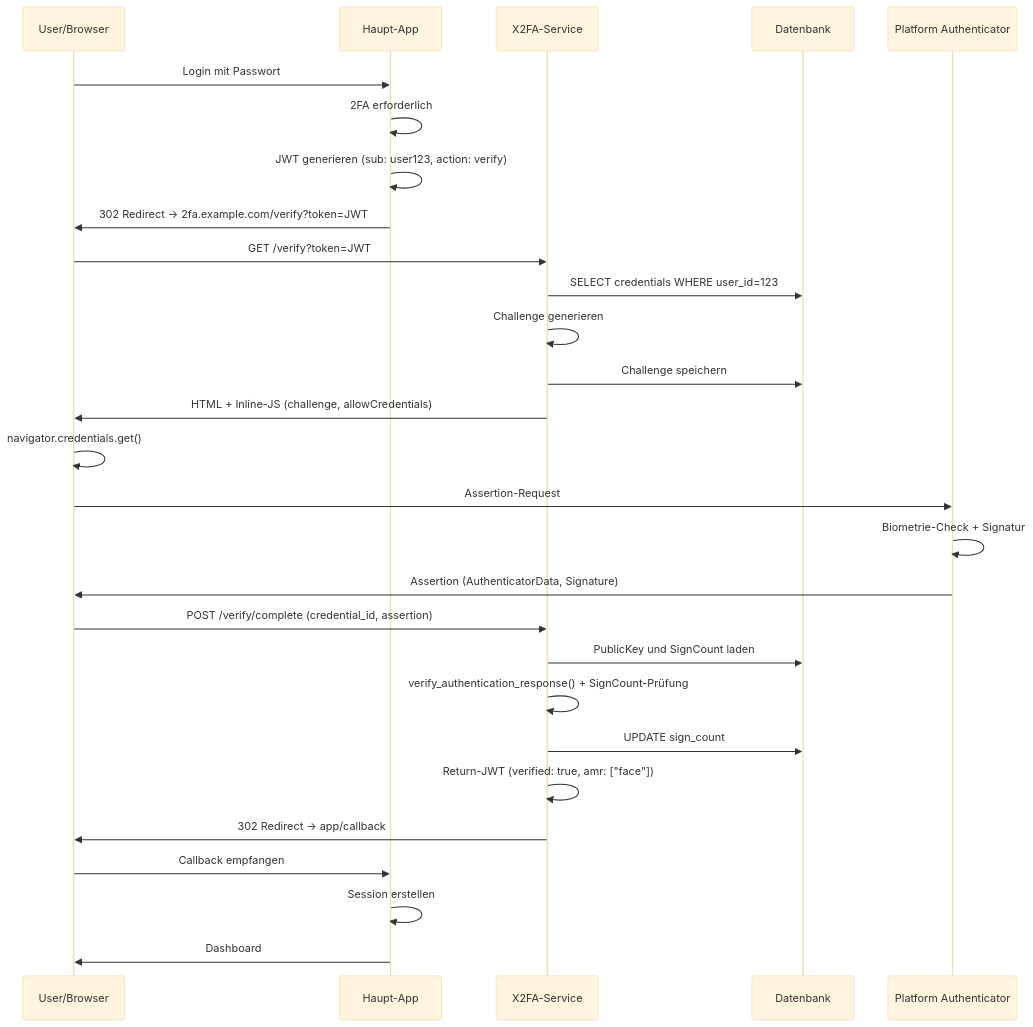
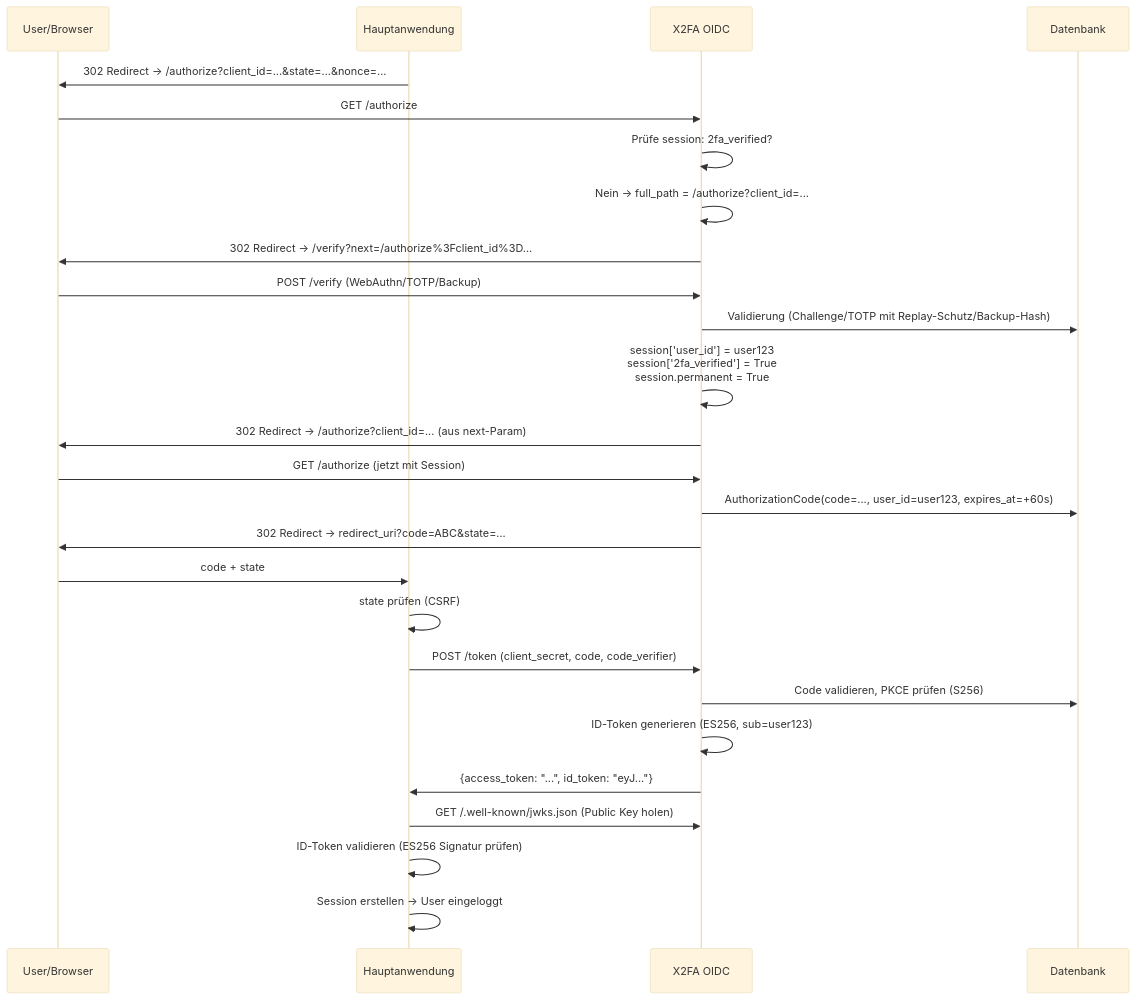
Before and after one commit to Inqbus/x2fa: the second of 2 diagrams in x2fa_architecture_concept.md, drawn with Mermaid (base theme). The commit also changed other lines of this file and 13 other files, not shown here.

Commit message:
New sketch for true OIDC

````diff
--- a/x2fa_architecture_concept.md
+++ b/x2fa_architecture_concept.md
@@ -380,35 +1047,33 @@
 ```mermaid
 sequenceDiagram
     participant User as User/Browser
-    participant App as Haupt-App
-    participant X2FA as X2FA-Service
+    participant App as Hauptanwendung
+    participant X2FA as X2FA OIDC
     participant DB as Datenbank
-    participant Auth as Platform Authenticator
 
-    User->>App: Login mit Passwort
-    App->>App: 2FA erforderlich
-    App->>App: JWT generieren (sub: user123, action: verify)
-    App->>User: 302 Redirect → 2fa.example.com/verify?token=JWT
-
-    User->>X2FA: GET /verify?token=JWT
-    X2FA->>DB: SELECT credentials WHERE user_id=123
-    X2FA->>X2FA: Challenge generieren
-    X2FA->>DB: Challenge speichern
-    X2FA->>User: HTML + Inline-JS (challenge, allowCredentials)
-
-    User->>User: navigator.credentials.get()
-    User->>Auth: Assertion-Request
-    Auth->>Auth: Biometrie-Check + Signatur
-    Auth->>User: Assertion (AuthenticatorData, Signature)
-
-    User->>X2FA: POST /verify/complete (credential_id, assertion)
-    X2FA->>DB: PublicKey und SignCount laden
-    X2FA->>X2FA: verify_authentication_response() + SignCount-Prüfung
-    X2FA->>DB: UPDATE sign_count
-    X2FA->>X2FA: Return-JWT (verified: true, amr: ["face"])
-    X2FA->>User: 302 Redirect → app/callback
-
-    User->>App: Callback empfangen
-    App->>App: Session erstellen
-    App->>User: Dashboard
+    App->>User: 302 Redirect → /authorize?client_id=...&state=...&nonce=...
+    User->>X2FA: GET /authorize
+    X2FA->>X2FA: Prüfe session: 2fa_verified?
+    X2FA->>X2FA: Nein → full_path = /authorize?client_id=...
+    X2FA->>User: 302 Redirect → /verify?next=/authorize%3Fclient_id%3D...
+    
+    User->>X2FA: POST /verify (WebAuthn/TOTP/Backup)
+    X2FA->>DB: Validierung (Challenge/TOTP mit Replay-Schutz/Backup-Hash)
+    X2FA->>X2FA: session['user_id'] = user123<br>session['2fa_verified'] = True<br>session.permanent = True
+    X2FA->>User: 302 Redirect → /authorize?client_id=... (aus next-Param)
+    
+    User->>X2FA: GET /authorize (jetzt mit Session)
+    X2FA->>DB: AuthorizationCode(code=..., user_id=user123, expires_at=+60s)
+    X2FA->>User: 302 Redirect → redirect_uri?code=ABC&state=...
+    
+    User->>App: code + state
+    App->>App: state prüfen (CSRF)
+    App->>X2FA: POST /token (client_secret, code, code_verifier)
+    X2FA->>DB: Code validieren, PKCE prüfen (S256)
+    X2FA->>X2FA: ID-Token generieren (ES256, sub=user123)
+    X2FA->>App: {access_token: "...", id_token: "eyJ..."}
+    
+    App->>X2FA: GET /.well-known/jwks.json (Public Key holen)
+    App->>App: ID-Token validieren (ES256 Signatur prüfen)
+    App->>App: Session erstellen → User eingeloggt
 ```
````
